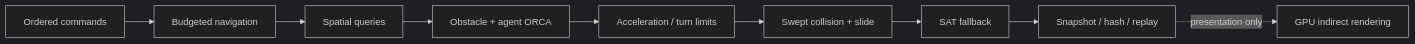
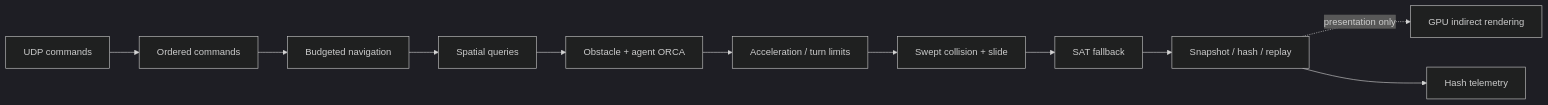
The diagram in README.md (futuredo/swarm-ecs-sandbox), drawn with Mermaid (dark theme) before and after one commit. The commit also changed other lines of this file and 44 other files, not shown here.

````diff
--- a/README.md
+++ b/README.md
@@ -25,11 +29,13 @@
 ```mermaid
 flowchart LR
     A["Ordered commands"] --> B["Budgeted navigation"]
     B --> C["Spatial queries"]
     C --> D["Obstacle + agent ORCA"]
     D --> E["Acceleration / turn limits"]
     E --> F["Swept collision + slide"]
     F --> G["SAT fallback"]
     G --> H["Snapshot / hash / replay"]
     H -. "presentation only" .-> I["GPU indirect rendering"]
+    J["UDP commands"] --> A
+    H --> K["Hash telemetry"]
 ```
````
